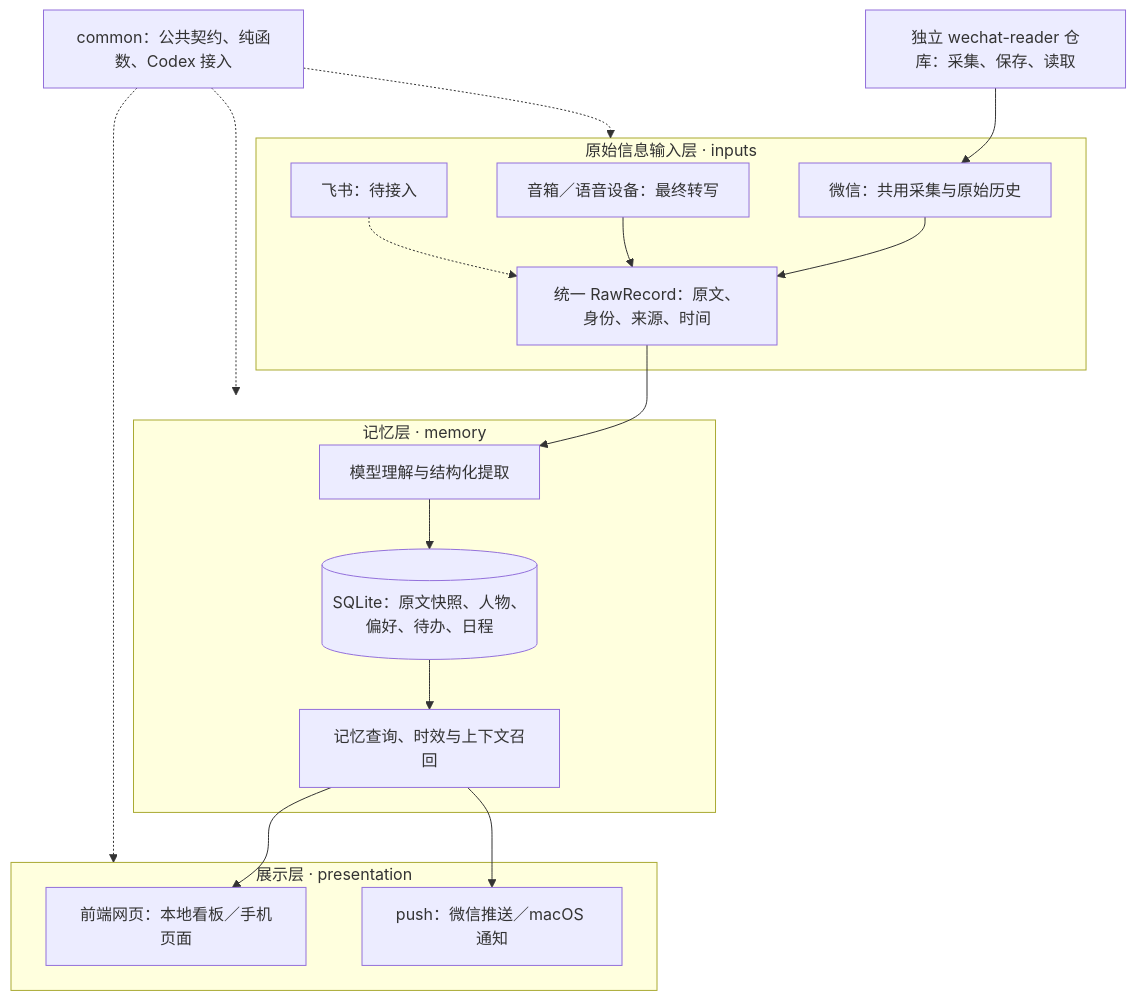
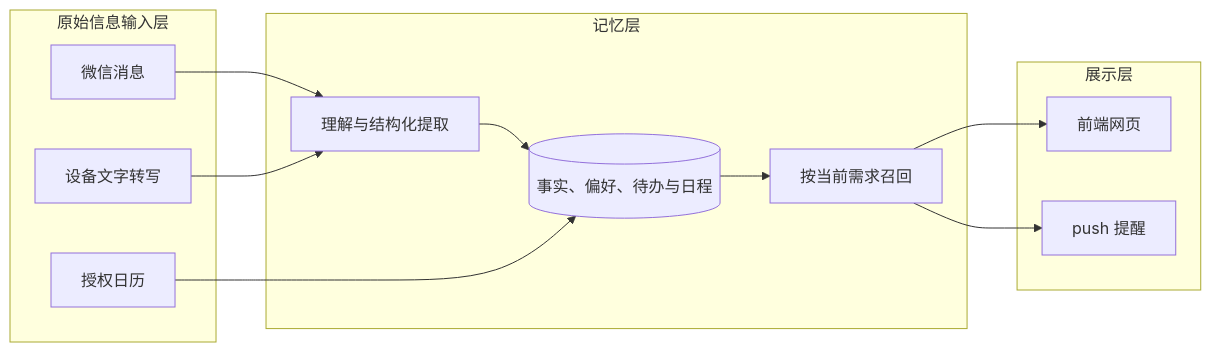
The diagram in README.md (wq19901103wq/personal-context), drawn with Mermaid before and after one commit. The commit also changed other lines of this file and 1 other file, not shown here.

````diff
--- a/README.md
+++ b/README.md
@@ -7,31 +25,23 @@
 ```mermaid
-flowchart TB
-    subgraph INPUT[原始信息输入层 · inputs]
-        WX[微信：共用采集与原始历史]
-        VOICE[音箱／语音设备：最终转写]
-        FS[飞书：待接入]
-        RAW[统一 RawRecord：原文、身份、来源、时间]
-        WX --> RAW
-        VOICE --> RAW
-        FS -.-> RAW
+flowchart LR
+    subgraph INPUT[原始信息输入层]
+        WX[微信消息]
+        VOICE[设备文字转写]
+        CAL[授权日历]
     end
-    subgraph MEMORY[记忆层 · memory]
-        EXTRACT[模型理解与结构化提取]
-        STORE[(SQLite：原文快照、人物、偏好、待办、日程)]
-        RECALL[记忆查询、时效与上下文召回]
-        EXTRACT --> STORE --> RECALL
+    subgraph MEMORY[记忆层]
+        UNDERSTAND[理解与结构化提取]
+        STORE[(事实、偏好、待办与日程)]
+        RECALL[按当前需求召回]
+        UNDERSTAND --> STORE --> RECALL
     end
-    subgraph PRESENT[展示层 · presentation]
-        WEB[前端网页：本地看板／手机页面]
-        PUSH[push：微信推送／macOS 通知]
+    subgraph PRESENT[展示层]
+        WEB[前端网页]
+        PUSH[push 提醒]
     end
-    READER[独立 wechat-reader 仓库：采集、保存、读取]
-    READER --> WX
-    COMMON[common：公共契约、纯函数、Codex 接入]
-    COMMON -.-> INPUT
-    COMMON -.-> MEMORY
-    COMMON -.-> PRESENT
-    RAW --> EXTRACT
+    WX --> UNDERSTAND
+    VOICE --> UNDERSTAND
+    CAL --> STORE
     RECALL --> WEB
     RECALL --> PUSH
 ```
````
